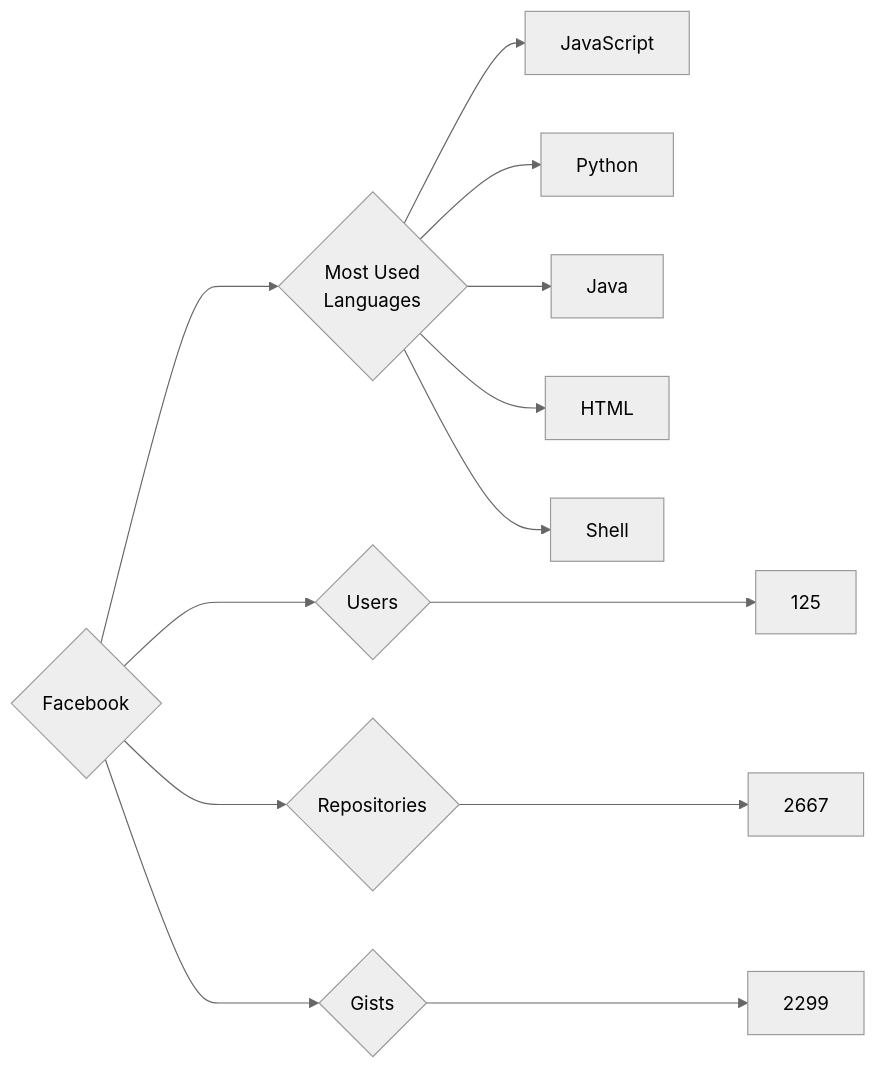
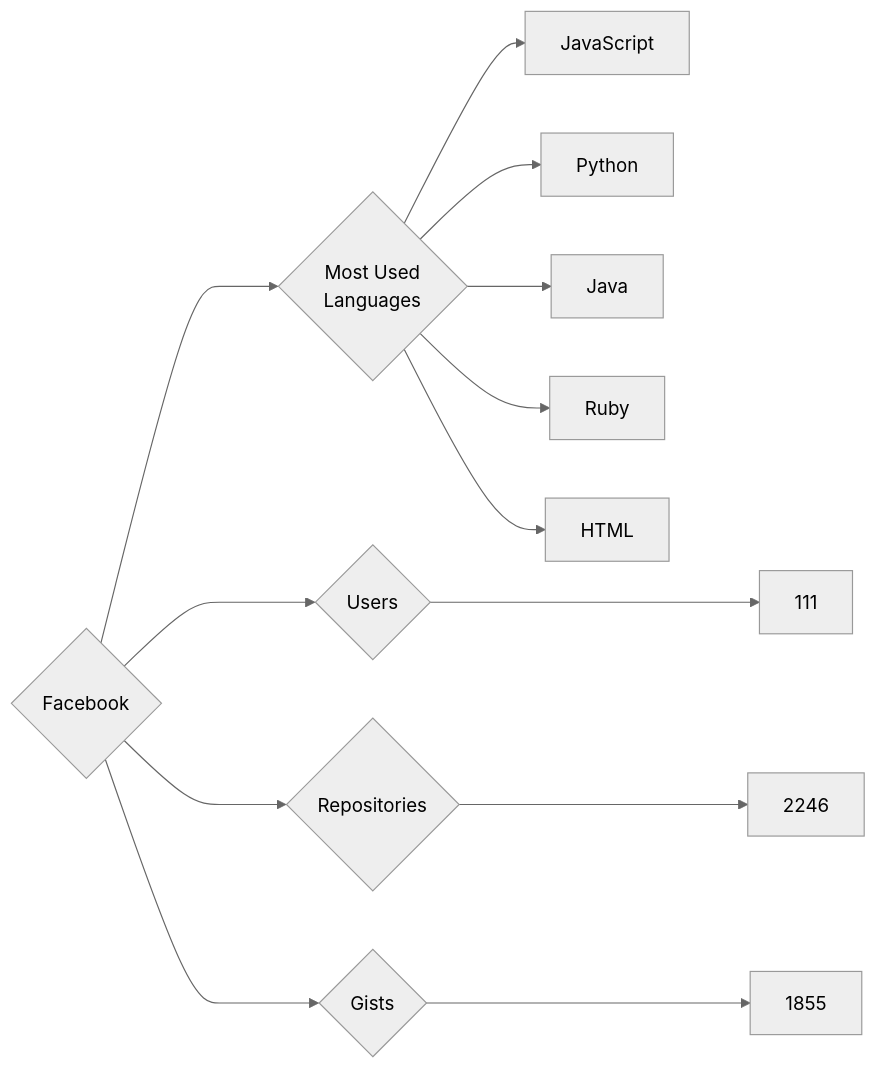
Before and after one commit to trickest/insiders: the diagram in targets/Facebook/README.md, drawn with Mermaid (neutral theme). The commit also changed 750 other files, not shown here.

````diff
--- a/targets/Facebook/README.md
+++ b/targets/Facebook/README.md
@@ -3,13 +3,13 @@
 ```mermaid
 graph LR
 COMPANY_NAME{Facebook}
-COMPANY_NAME ---> U{Users} ---> UN[125]
-COMPANY_NAME ---> R{Repositories} ---> RN[2667]
-COMPANY_NAME ---> G{Gists} ---> GN[2299]
+COMPANY_NAME ---> U{Users} ---> UN[111]
+COMPANY_NAME ---> R{Repositories} ---> RN[2246]
+COMPANY_NAME ---> G{Gists} ---> GN[1855]
 COMPANY_NAME ---> ML{Most Used<br>Languages}
 ML --> JavaScript[JavaScript]
 ML --> Python[Python]
 ML --> Java[Java]
+ML --> Ruby[Ruby]
 ML --> HTML[HTML]
-ML --> Shell[Shell]
 ```
````
